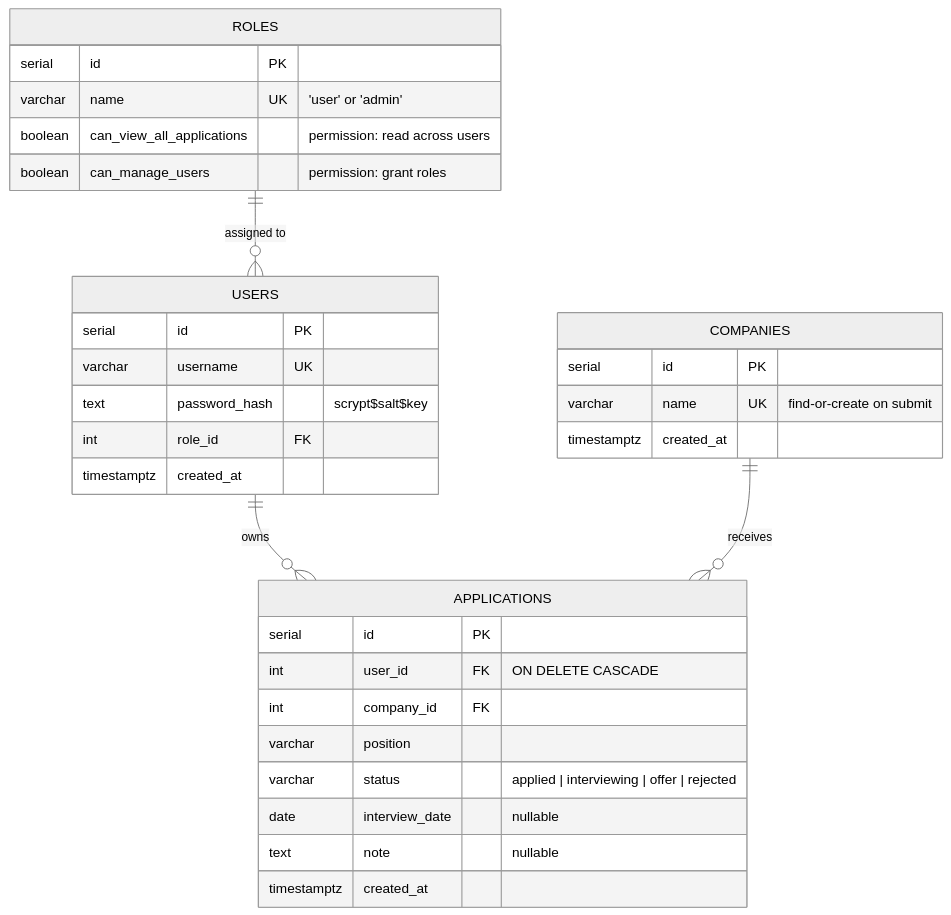
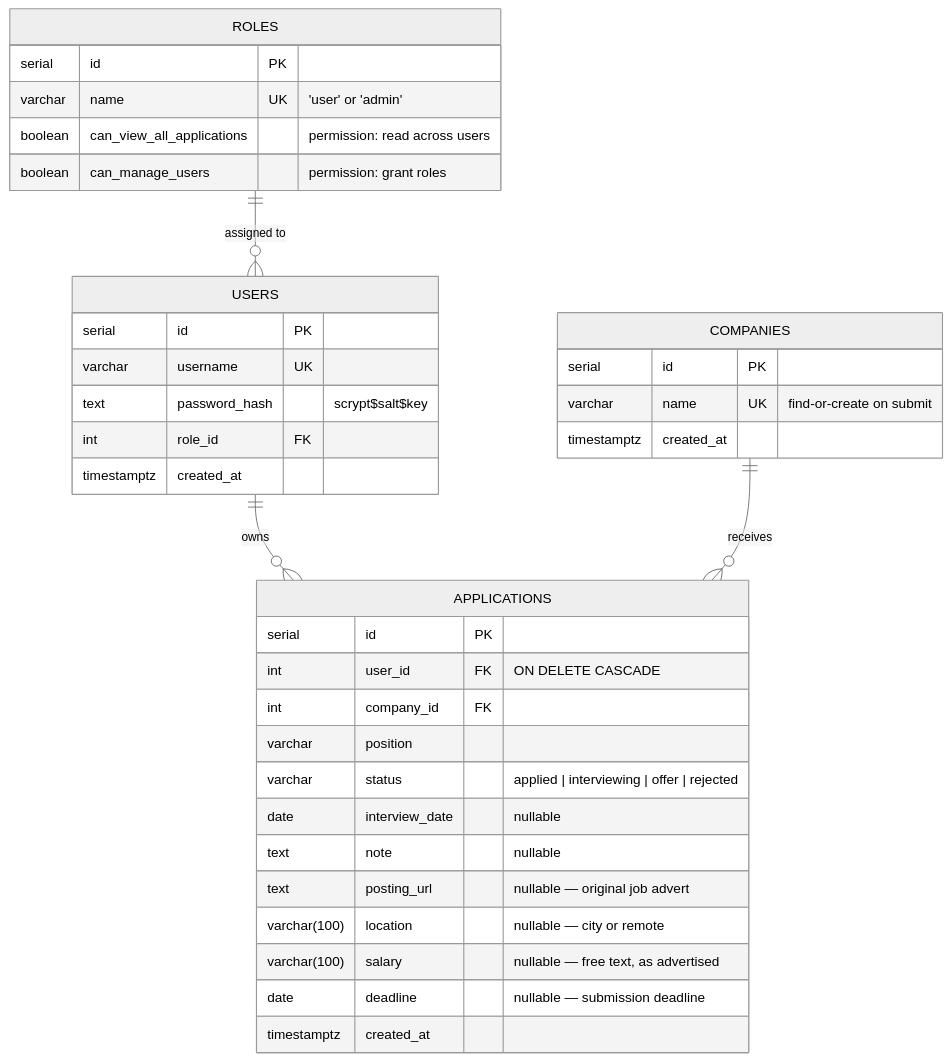
Before and after one commit to RW918/ERB_Group_Project: the diagram in docs/erd.md, drawn with Mermaid (neutral theme). The commit also changed other lines of this file and 30 other files, not shown here.

First line of the commit message:
feat: posting details, TS migrations, squashed schema, env-seeded passwords

````diff
--- a/docs/erd.md
+++ b/docs/erd.md
@@ -6,38 +6,42 @@
 ```mermaid
 erDiagram
     ROLES ||--o{ USERS : "assigned to"
     USERS ||--o{ APPLICATIONS : "owns"
     COMPANIES ||--o{ APPLICATIONS : "receives"
 
     ROLES {
         serial id PK
         varchar name UK "'user' or 'admin'"
         boolean can_view_all_applications "permission: read across users"
         boolean can_manage_users "permission: grant roles"
     }
 
     USERS {
         serial id PK
         varchar username UK
         text password_hash "scrypt$salt$key"
         int role_id FK
         timestamptz created_at
     }
 
     COMPANIES {
         serial id PK
         varchar name UK "find-or-create on submit"
         timestamptz created_at
     }
 
     APPLICATIONS {
         serial id PK
         int user_id FK "ON DELETE CASCADE"
         int company_id FK
         varchar position
         varchar status "applied | interviewing | offer | rejected"
         date interview_date "nullable"
         text note "nullable"
+        text posting_url "nullable — original job advert"
+        varchar(100) location "nullable — city or remote"
+        varchar(100) salary "nullable — free text, as advertised"
+        date deadline "nullable — submission deadline"
         timestamptz created_at
     }
 ```
````
